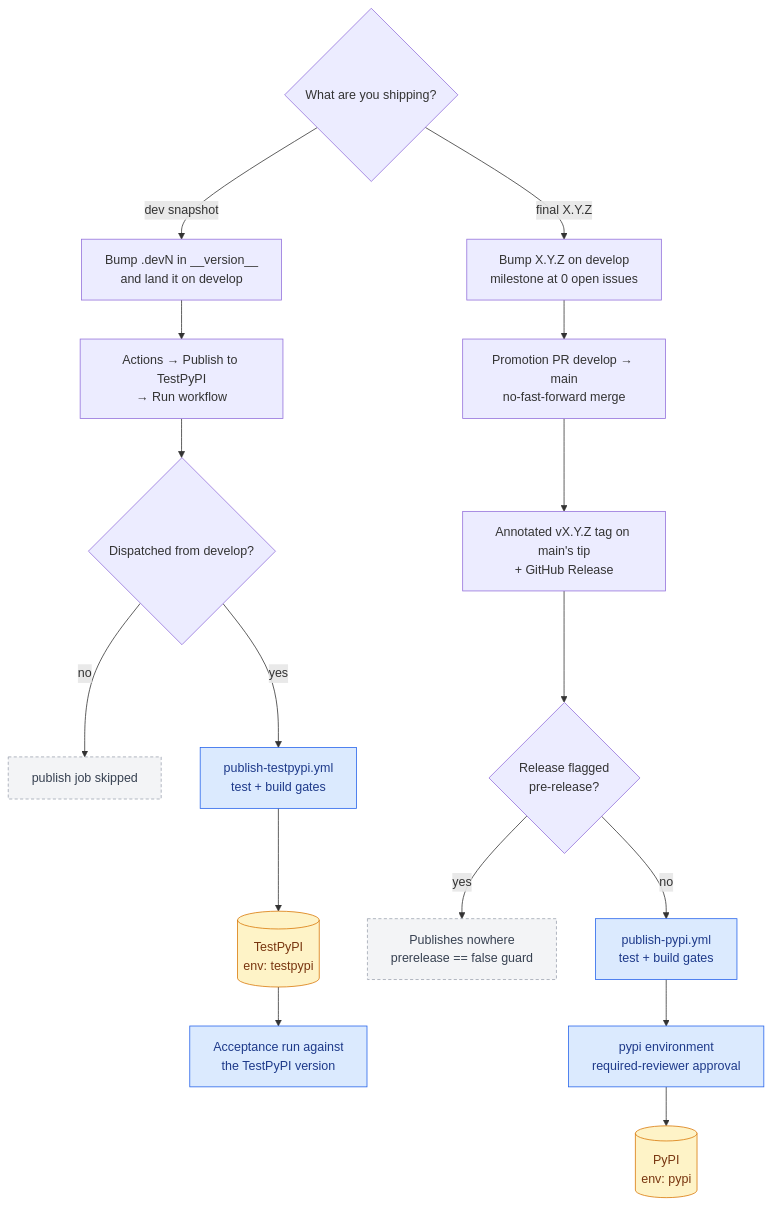
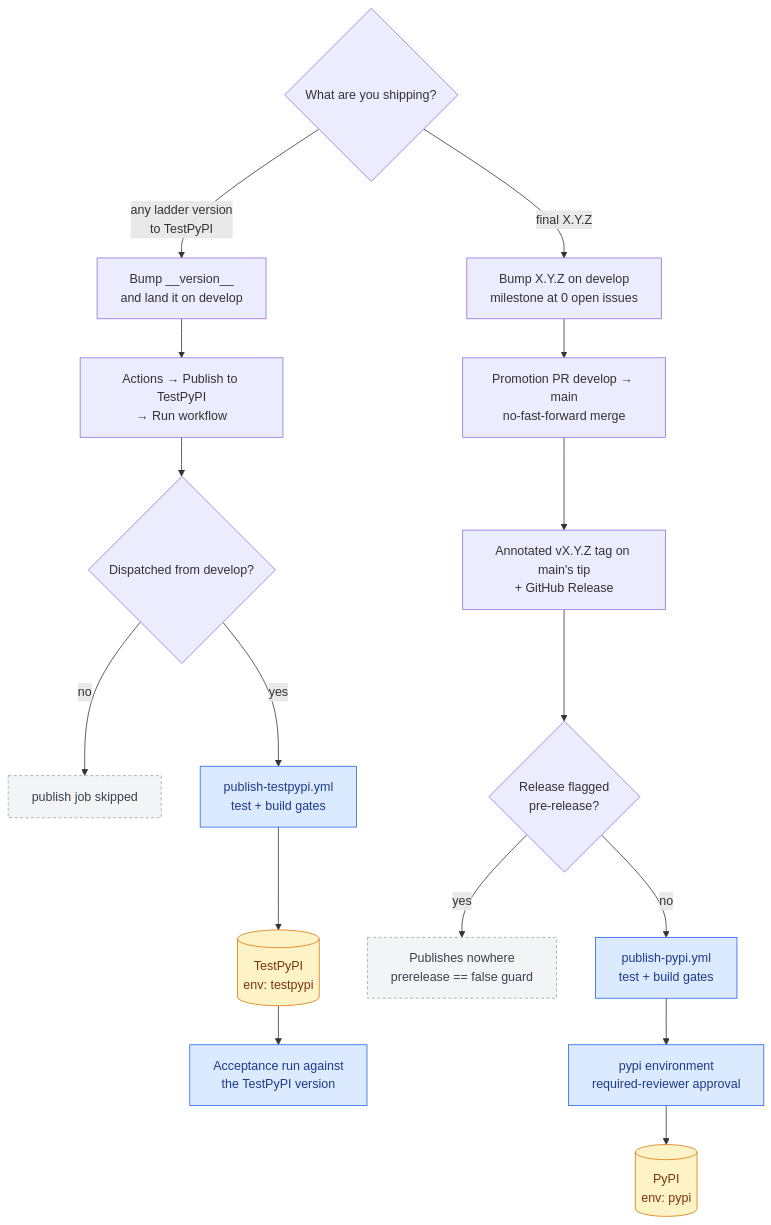
One commit to Donkey-Development-Kit/donkey-development-kit changed the second of 4 diagrams in docs/releasing.md. Above: the diagram before and after it, drawn with Mermaid. The commit also changed other lines of this file and 1 other file, not shown here.

First line of the commit message:
docs(release): TestPyPI takes any ladder version (#1508)

````diff
--- a/docs/releasing.md
+++ b/docs/releasing.md
@@ -149,28 +155,28 @@
 ```mermaid
 flowchart TD
   start{What are you shipping?}
 
-  start -->|dev snapshot| bump["Bump .devN in __version__<br/>and land it on develop"]
+  start -->|any ladder version<br/>to TestPyPI| bump["Bump __version__<br/>and land it on develop"]
   bump --> dispatch["Actions → Publish to TestPyPI<br/>→ Run workflow"]
   dispatch --> ref{Dispatched from develop?}
   ref -->|no| skipped["publish job skipped"]
   ref -->|yes| tbuild["publish-testpypi.yml<br/>test + build gates"]
   tbuild --> testpypi[("TestPyPI<br/>env: testpypi")]
   testpypi --> accept["Acceptance run against<br/>the TestPyPI version"]
 
   start -->|final X.Y.Z| finish["Bump X.Y.Z on develop<br/>milestone at 0 open issues"]
   finish --> promote["Promotion PR develop → main<br/>no-fast-forward merge"]
   promote --> tag["Annotated vX.Y.Z tag on main's tip<br/>+ GitHub Release"]
   tag --> pre{Release flagged<br/>pre-release?}
   pre -->|yes| nowhere["Publishes nowhere<br/>prerelease == false guard"]
   pre -->|no| pbuild["publish-pypi.yml<br/>test + build gates"]
   pbuild --> approve["pypi environment<br/>required-reviewer approval"]
   approve --> pypi[("PyPI<br/>env: pypi")]
 
   classDef gate fill:#dbeafe,stroke:#2563eb,color:#1e3a8a
   classDef publish fill:#fef3c7,stroke:#d97706,color:#78350f
   classDef dead fill:#f3f4f6,stroke:#9ca3af,color:#374151,stroke-dasharray: 4 3
   class tbuild,pbuild,approve,accept gate
   class testpypi,pypi publish
   class skipped,nowhere dead
 ```
````
